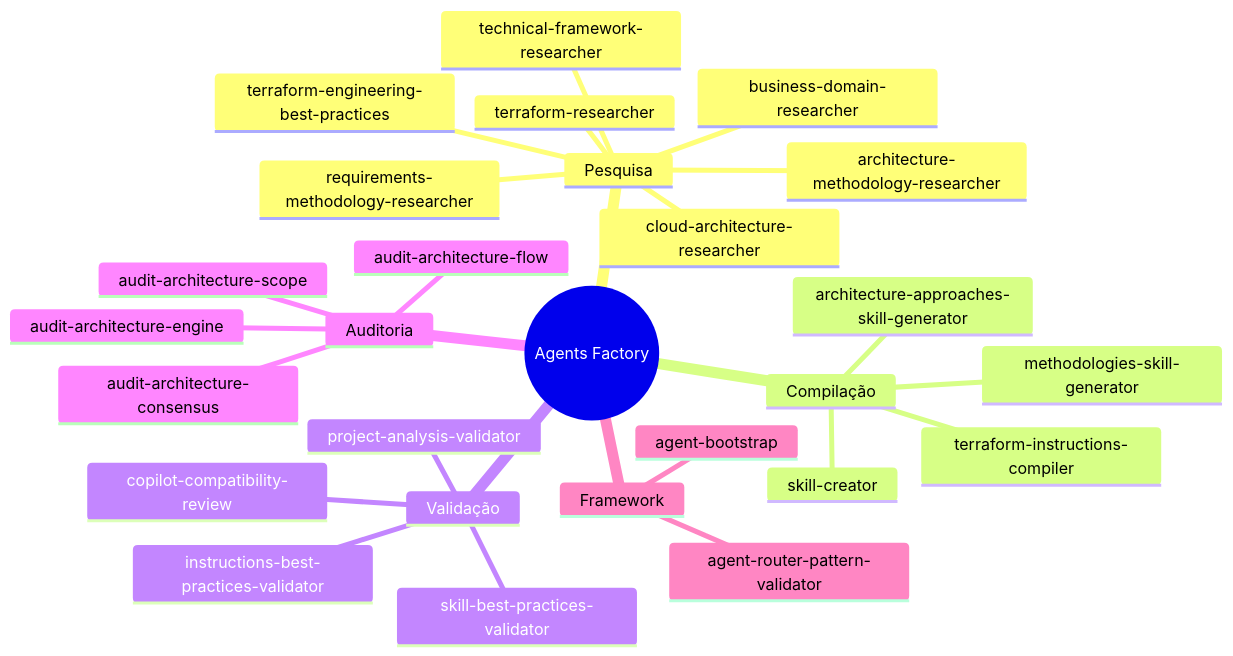
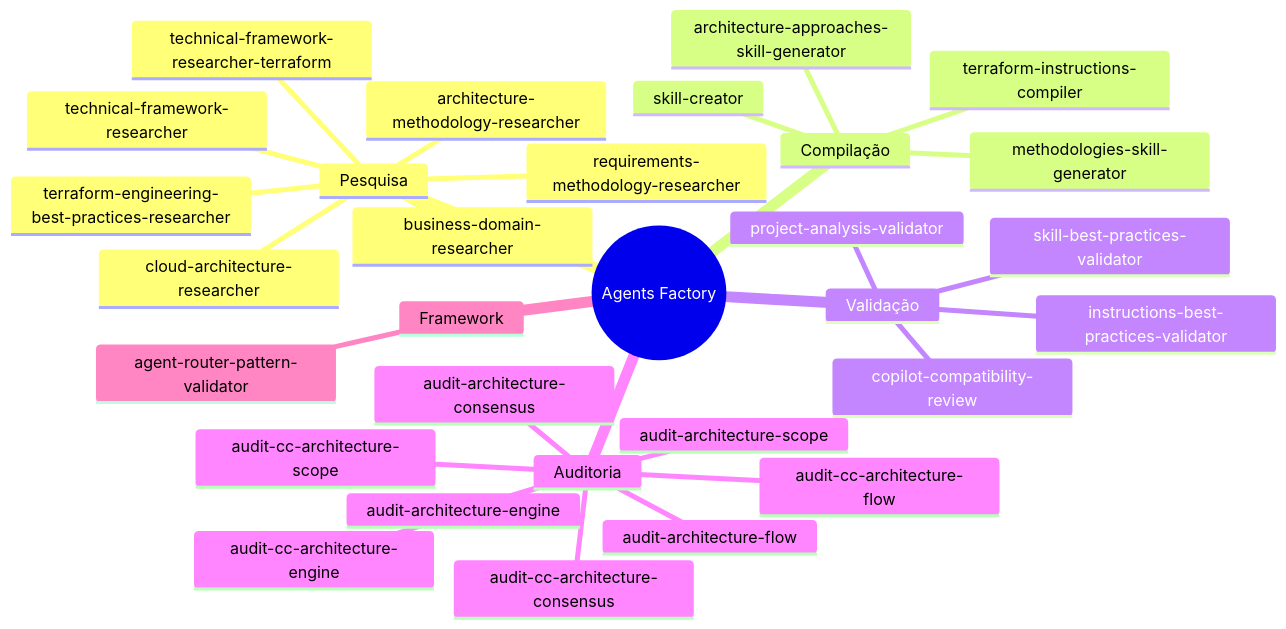
Before and after one commit to rodrigo-mendes/agents-factory: the fourth of 5 diagrams in docs/visao-geral.md, drawn with Mermaid. The commit also changed other lines of this file and 7 other files, not shown here.

````diff
--- a/docs/visao-geral.md
+++ b/docs/visao-geral.md
@@ -90,30 +90,33 @@
 ```mermaid
 mindmap
   root((Agents Factory))
     Pesquisa
       technical-framework-researcher
-      terraform-researcher
+      technical-framework-researcher-terraform
       cloud-architecture-researcher
       architecture-methodology-researcher
       business-domain-researcher
       requirements-methodology-researcher
-      terraform-engineering-best-practices
+      terraform-engineering-best-practices-researcher
     Compilação
       skill-creator
       terraform-instructions-compiler
       architecture-approaches-skill-generator
       methodologies-skill-generator
     Validação
       copilot-compatibility-review
       instructions-best-practices-validator
       skill-best-practices-validator
       project-analysis-validator
     Auditoria
       audit-architecture-consensus
       audit-architecture-scope
       audit-architecture-flow
       audit-architecture-engine
+      audit-cc-architecture-consensus
+      audit-cc-architecture-scope
+      audit-cc-architecture-flow
+      audit-cc-architecture-engine
     Framework
-      agent-bootstrap
       agent-router-pattern-validator
 ```
````
